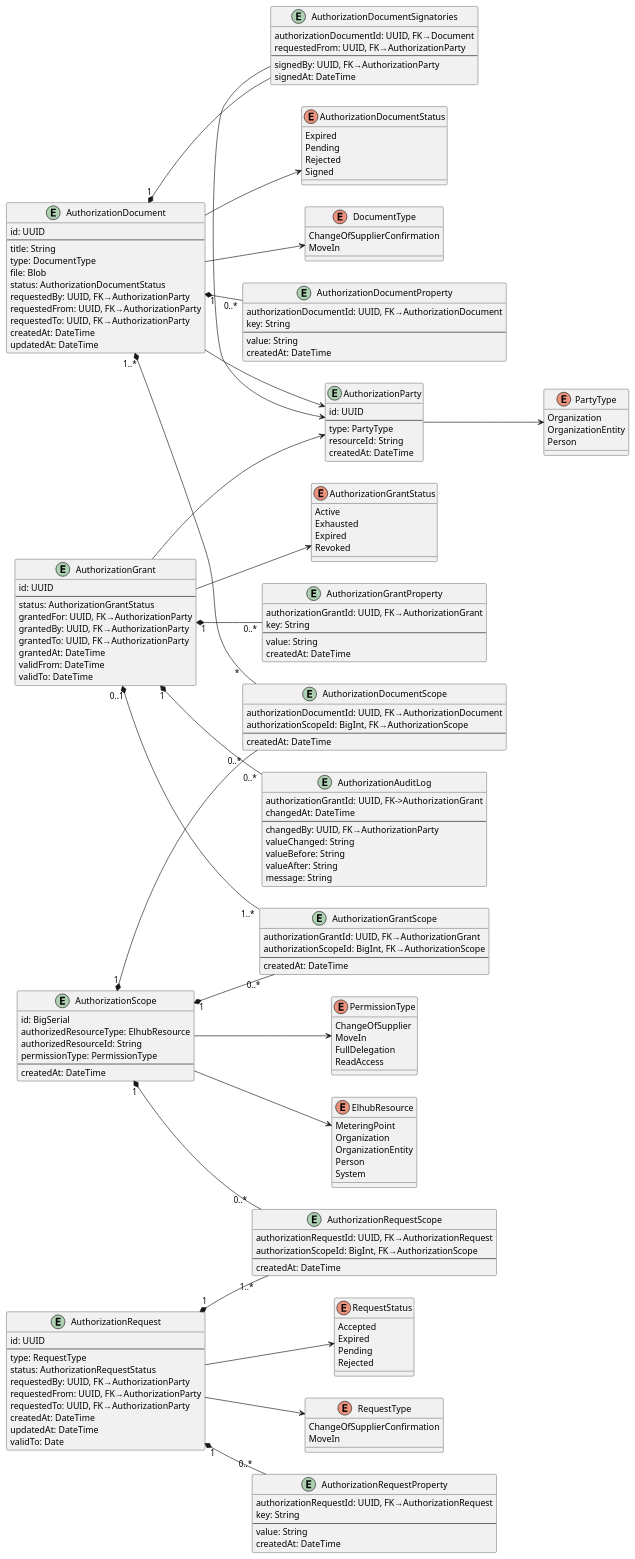
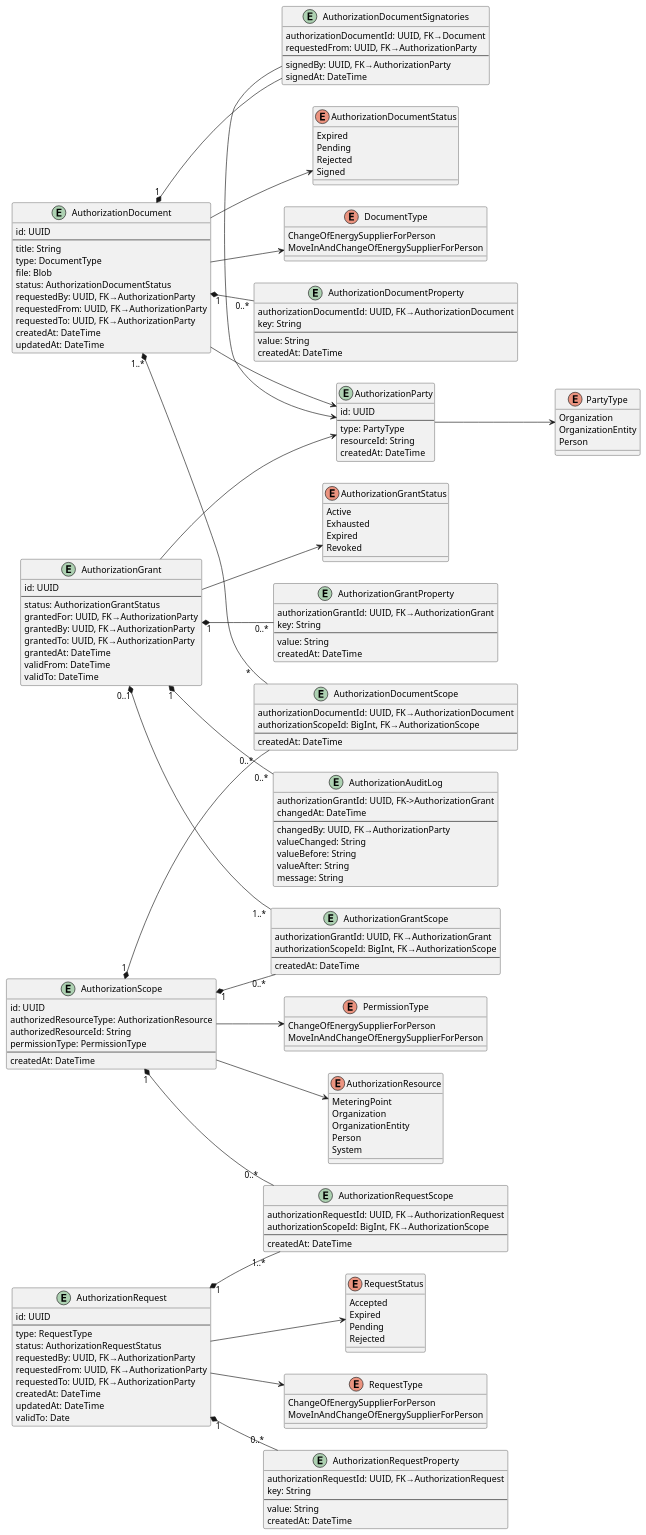
One commit to elhub/auth-grant-manager changed the diagram in docs/assets/datamodel.plantuml. Above: the diagram before and after it, drawn with PlantUML. The commit also changed 91 other files, not shown here.

```diff
--- a/docs/assets/datamodel.plantuml
+++ b/docs/assets/datamodel.plantuml
@@ -14,10 +14,8 @@
 }
 
 enum PermissionType {
-  ChangeOfSupplier
-  MoveIn
-  FullDelegation
-  ReadAccess
+  ChangeOfEnergySupplierForPerson
+  MoveInAndChangeOfEnergySupplierForPerson
 }
 
 enum AuthorizationDocumentStatus {
@@ -34,7 +32,7 @@
   Rejected
 }
 
-enum ElhubResource {
+enum AuthorizationResource {
   MeteringPoint
   Organization
   OrganizationEntity
@@ -49,13 +47,13 @@
 }
 
 enum DocumentType {
-  ChangeOfSupplierConfirmation
-  MoveIn
+  ChangeOfEnergySupplierForPerson
+  MoveInAndChangeOfEnergySupplierForPerson
 }
 
 enum RequestType {
-  ChangeOfSupplierConfirmation
-  MoveIn
+  ChangeOfEnergySupplierForPerson
+  MoveInAndChangeOfEnergySupplierForPerson
 }
 
 entity AuthorizationGrant {
@@ -164,8 +162,8 @@
 }
 
 entity AuthorizationScope {
-  id: BigSerial
-  authorizedResourceType: ElhubResource
+  id: UUID
+  authorizedResourceType: AuthorizationResource
   authorizedResourceId: String
   permissionType: PermissionType
   --
@@ -186,7 +184,7 @@
 AuthorizationGrant "1" *-- "0..*" AuthorizationAuditLog
 AuthorizationGrant --> AuthorizationGrantStatus
 AuthorizationGrant --> AuthorizationParty
-AuthorizationScope --> ElhubResource
+AuthorizationScope --> AuthorizationResource
 AuthorizationScope --> PermissionType
 AuthorizationScope "1" *-- "0..*" AuthorizationGrantScope
 AuthorizationScope "1" *-- "0..*" AuthorizationRequestScope
```
